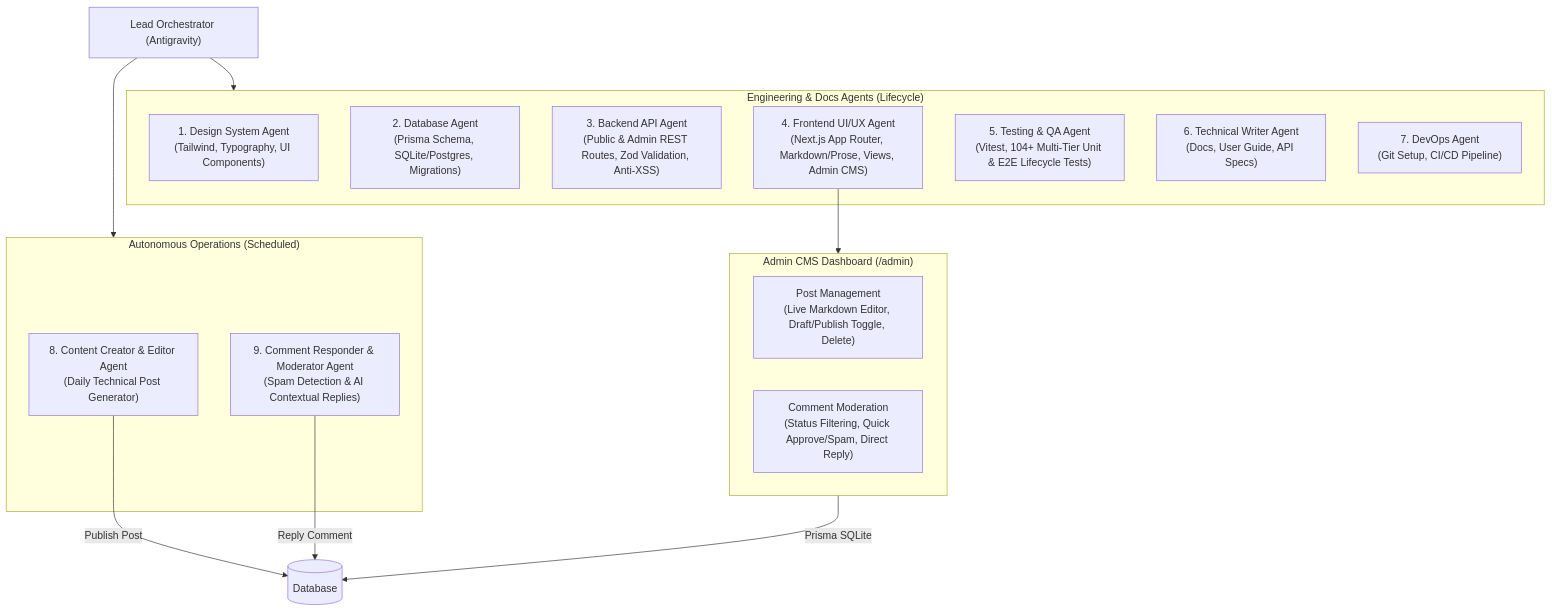
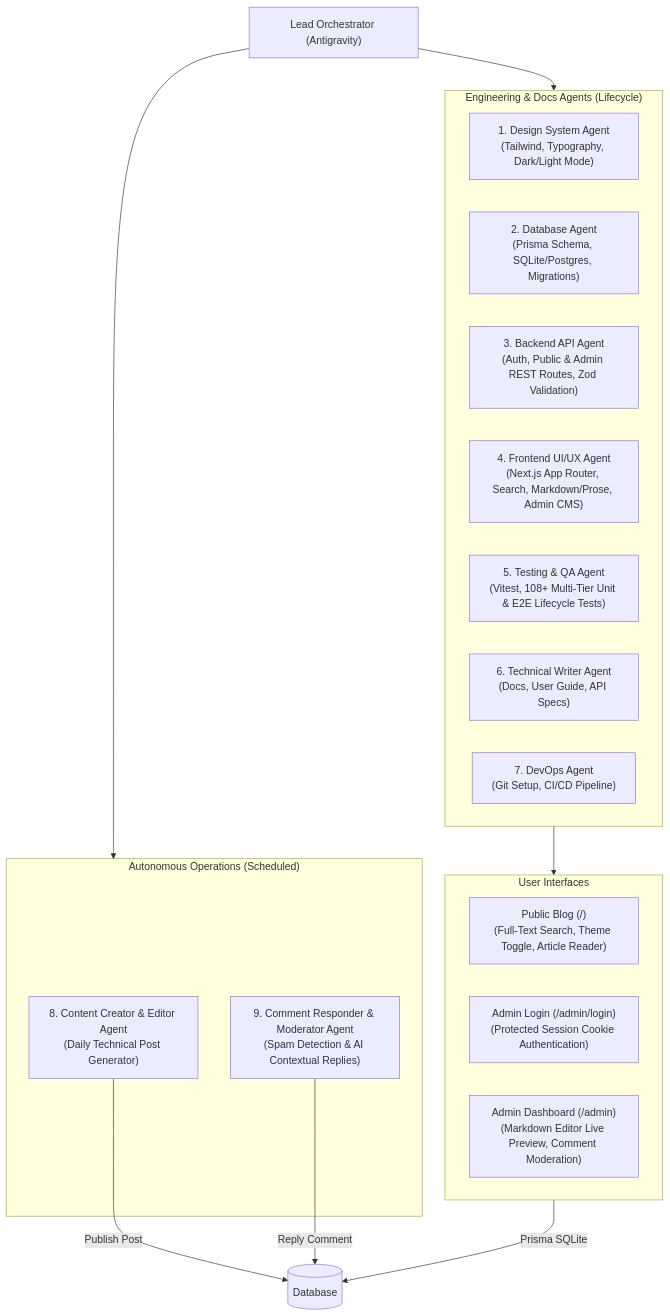
One commit to cahyadsn/blog changed the diagram in README.md. Above: the diagram before and after it, drawn with Mermaid. The commit also changed other lines of this file and 16 other files, not shown here.

Commit message:
feat: add admin authentication, full-text search, and dark/light mode toggle

````diff
--- a/README.md
+++ b/README.md
@@ -20,31 +21,32 @@
 ```mermaid
 flowchart TD
     User["Lead Orchestrator (Antigravity)"]
 
     subgraph Dev_Agents ["Engineering & Docs Agents (Lifecycle)"]
-        A1["1. Design System Agent\n(Tailwind, Typography, UI Components)"]
+        A1["1. Design System Agent\n(Tailwind, Typography, Dark/Light Mode)"]
         A2["2. Database Agent\n(Prisma Schema, SQLite/Postgres, Migrations)"]
-        A3["3. Backend API Agent\n(Public & Admin REST Routes, Zod Validation, Anti-XSS)"]
-        A4["4. Frontend UI/UX Agent\n(Next.js App Router, Markdown/Prose, Views, Admin CMS)"]
-        A5["5. Testing & QA Agent\n(Vitest, 104+ Multi-Tier Unit & E2E Lifecycle Tests)"]
+        A3["3. Backend API Agent\n(Auth, Public & Admin REST Routes, Zod Validation)"]
+        A4["4. Frontend UI/UX Agent\n(Next.js App Router, Search, Markdown/Prose, Admin CMS)"]
+        A5["5. Testing & QA Agent\n(Vitest, 108+ Multi-Tier Unit & E2E Lifecycle Tests)"]
         A6["6. Technical Writer Agent\n(Docs, User Guide, API Specs)"]
         A7["7. DevOps Agent\n(Git Setup, CI/CD Pipeline)"]
     end
 
-    subgraph Admin_CMS ["Admin CMS Dashboard (/admin)"]
-        CMS1["Post Management\n(Live Markdown Editor, Draft/Publish Toggle, Delete)"]
-        CMS2["Comment Moderation\n(Status Filtering, Quick Approve/Spam, Direct Reply)"]
+    subgraph User_Facing ["User Interfaces"]
+        UI1["Public Blog (/)\n(Full-Text Search, Theme Toggle, Article Reader)"]
+        UI2["Admin Login (/admin/login)\n(Protected Session Cookie Authentication)"]
+        UI3["Admin Dashboard (/admin)\n(Markdown Editor Live Preview, Comment Moderation)"]
     end
 
     subgraph Ops_Agents ["Autonomous Operations (Scheduled)"]
         A8["8. Content Creator & Editor Agent\n(Daily Technical Post Generator)"]
         A9["9. Comment Responder & Moderator Agent\n(Spam Detection & AI Contextual Replies)"]
     end
 
     User --> Dev_Agents
     User --> Ops_Agents
-    A4 --> Admin_CMS
-    Admin_CMS -->|Prisma SQLite| DB[("Database")]
+    Dev_Agents --> User_Facing
+    User_Facing -->|Prisma SQLite| DB[("Database")]
     A8 -->|Publish Post| DB
     A9 -->|Reply Comment| DB
 ```
````
